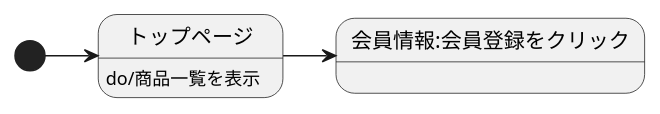
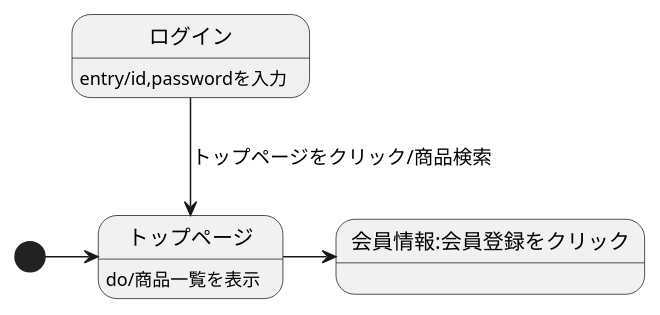
The diagram in 画面遷移図(original).md (Aso2001224/2021sys-design), drawn with PlantUML before and after one commit.

````diff
--- a/画面遷移図(original).md
+++ b/画面遷移図(original).md
@@ -1,7 +1,9 @@
 ```uml
 @startuml
 [*]->トップページ
 トップページ:do/商品一覧を表示
-トップページ-right->会員情報:会員登録をクリック
+ログイン-->トップページ:トップページをクリック/商品検索
+ログイン:entry/id,passwordを入力
+トップページ->会員情報:会員登録をクリック
 @enduml
 ```
````
